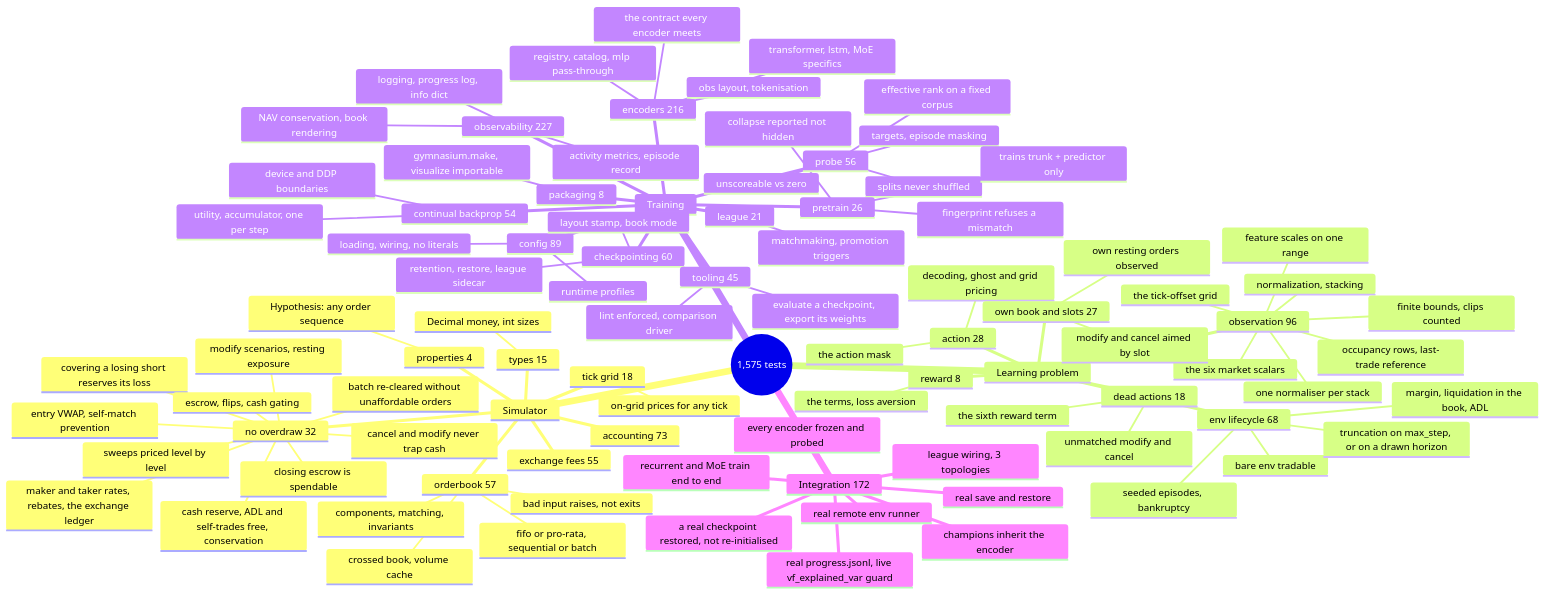
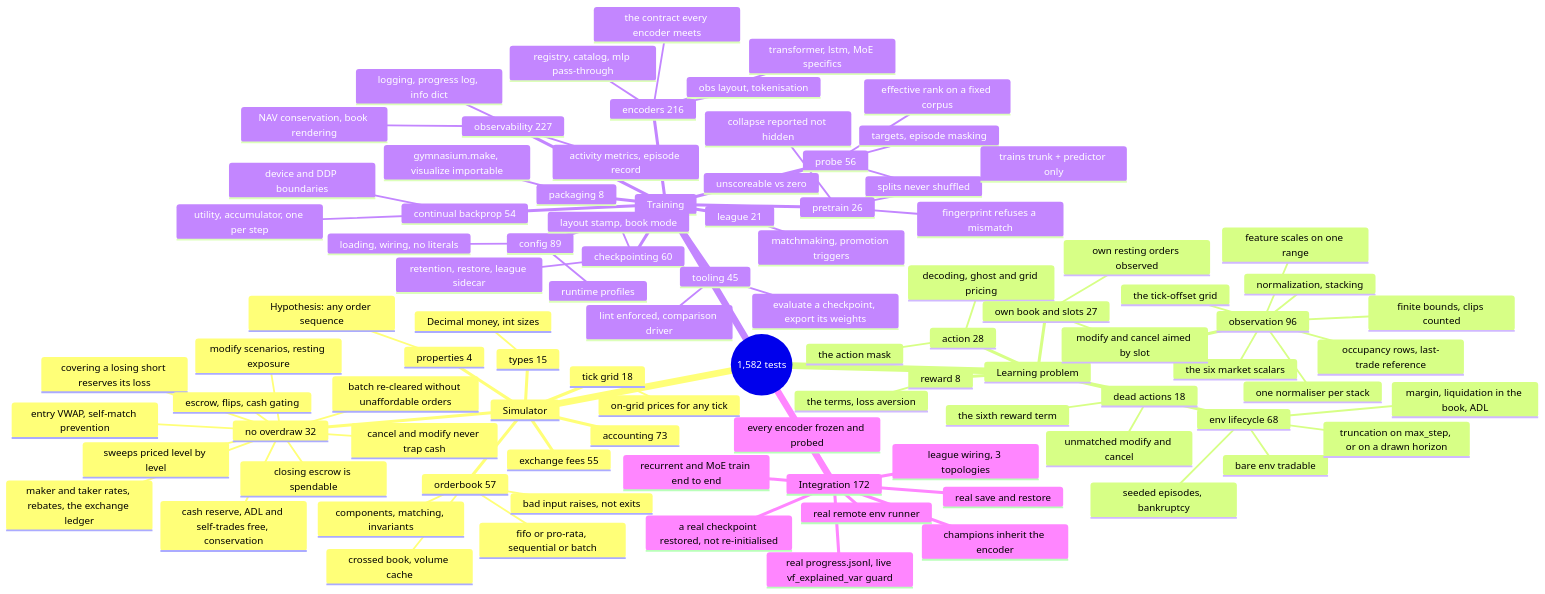
The diagram in doc/10_testing.md (ChuaCheowHuan/gym-continuousDoubleAuction), drawn with Mermaid before and after one commit. The commit also changed other lines of this file and 7 other files, not shown here.

````diff
--- a/doc/10_testing.md
+++ b/doc/10_testing.md
@@ -150,6 +150,6 @@
 ```mermaid
 mindmap
-  root((1,575 tests))
+  root((1,582 tests))
     Simulator
       orderbook 57
         components, matching, invariants
````
